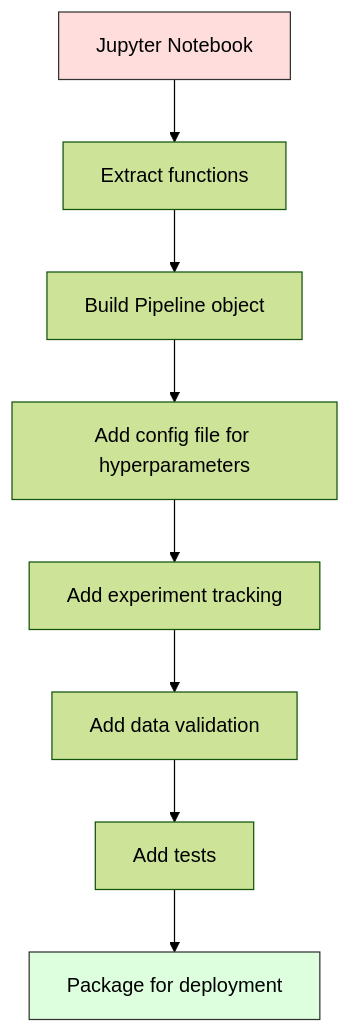
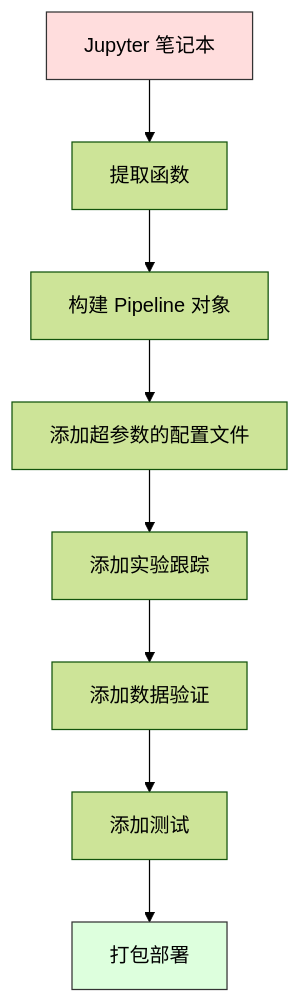
One commit to guangningsun/ailearning changed the second of 2 diagrams in lessons/02-ml-fundamentals/13-ml-pipelines/docs/zh.md. Above: the diagram before and after it, drawn with Mermaid (forest theme). The commit also changed other lines of this file and 53 other files, not shown here.

````diff
--- a/lessons/02-ml-fundamentals/13-ml-pipelines/docs/zh.md
+++ b/lessons/02-ml-fundamentals/13-ml-pipelines/docs/zh.md
@@ -225,13 +225,13 @@
 ```mermaid
 flowchart TD
-    A[Jupyter Notebook] --> B[Extract functions]
-    B --> C[Build Pipeline object]
-    C --> D[Add config file for hyperparameters]
-    D --> E[Add experiment tracking]
-    E --> F[Add data validation]
-    F --> G[Add tests]
-    G --> H[Package for deployment]
+    A[Jupyter 笔记本] --> B[提取函数]
+    B --> C[构建 Pipeline 对象]
+    C --> D[添加超参数的配置文件]
+    D --> E[添加实验跟踪]
+    E --> F[添加数据验证]
+    F --> G[添加测试]
+    G --> H[打包部署]
 
     style A fill:#fdd,stroke:#333
     style H fill:#dfd,stroke:#333
 ```
````
